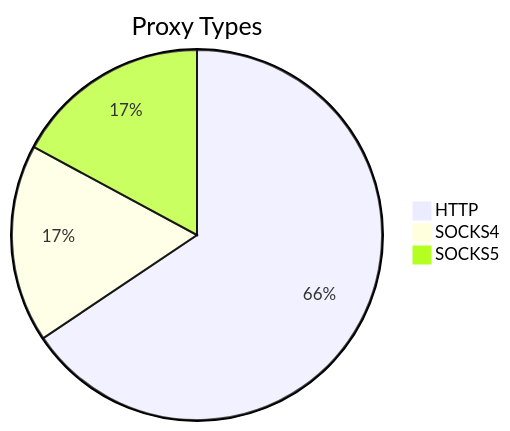
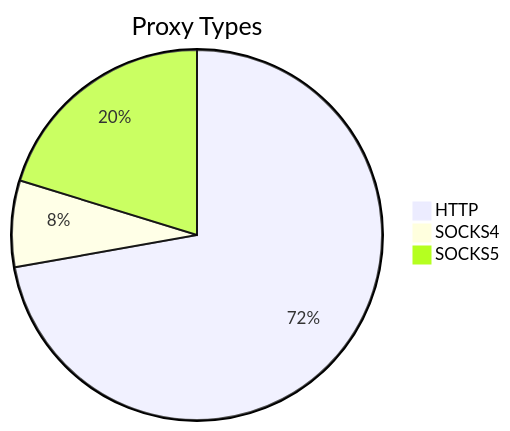
Before and after one commit to stormsia/proxy-list: the first of 2 diagrams in README.md, drawn with Mermaid. The commit also changed other lines of this file, not shown here.

````diff
--- a/README.md
+++ b/README.md
@@ -21,6 +21,6 @@
 ```mermaid
 pie title Proxy Types
-    "HTTP" : 448
-    "SOCKS4" : 118
-    "SOCKS5" : 117
+    "HTTP" : 239
+    "SOCKS4" : 25
+    "SOCKS5" : 67
 ```
````
